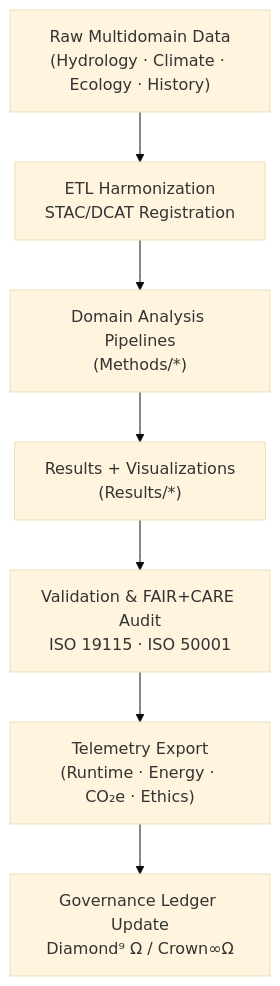
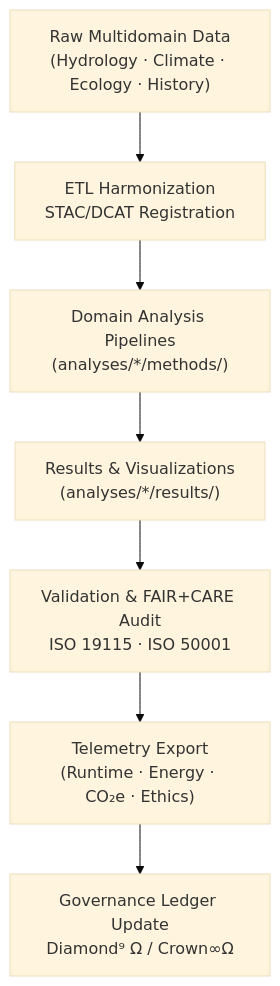
One commit to bartytime4life/Kansas-Frontier-Matrix changed the diagram in docs/analyses/README.md. Above: the diagram before and after it, drawn with Mermaid (base theme). The commit also changed other lines of this file, not shown here.

First line of the commit message:
Upgrade analyses overview to v11.2.4

```diff
--- a/docs/analyses/README.md
+++ b/docs/analyses/README.md
@@ -148,10 +289,10 @@
 ~~~mermaid
 flowchart TD
   A["Raw Multidomain Data<br/>(Hydrology · Climate · Ecology · History)"]
     --> B["ETL Harmonization<br/>STAC/DCAT Registration"]
-  B --> C["Domain Analysis Pipelines<br/>(Methods/*)"]
-  C --> D["Results + Visualizations<br/>(Results/*)"]
+  B --> C["Domain Analysis Pipelines<br/>(analyses/*/methods/)"]
+  C --> D["Results & Visualizations<br/>(analyses/*/results/)"]
   D --> E["Validation & FAIR+CARE Audit<br/>ISO 19115 · ISO 50001"]
   E --> F["Telemetry Export<br/>(Runtime · Energy · CO₂e · Ethics)"]
   F --> G["Governance Ledger Update<br/>Diamond⁹ Ω / Crown∞Ω"]
-~~~  
+~~~
```
